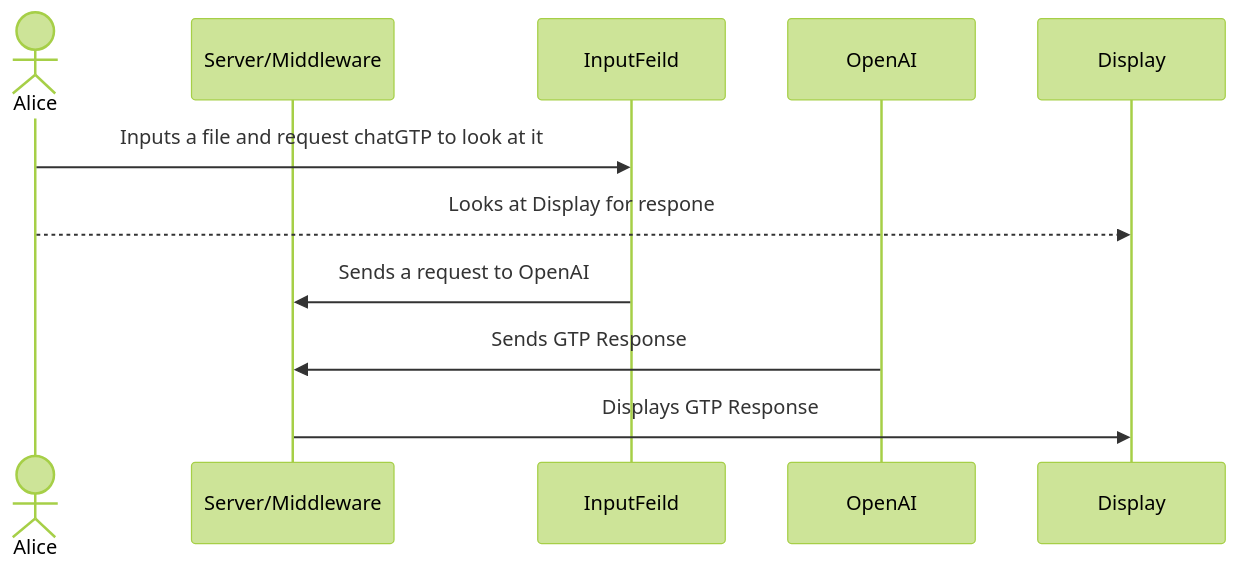
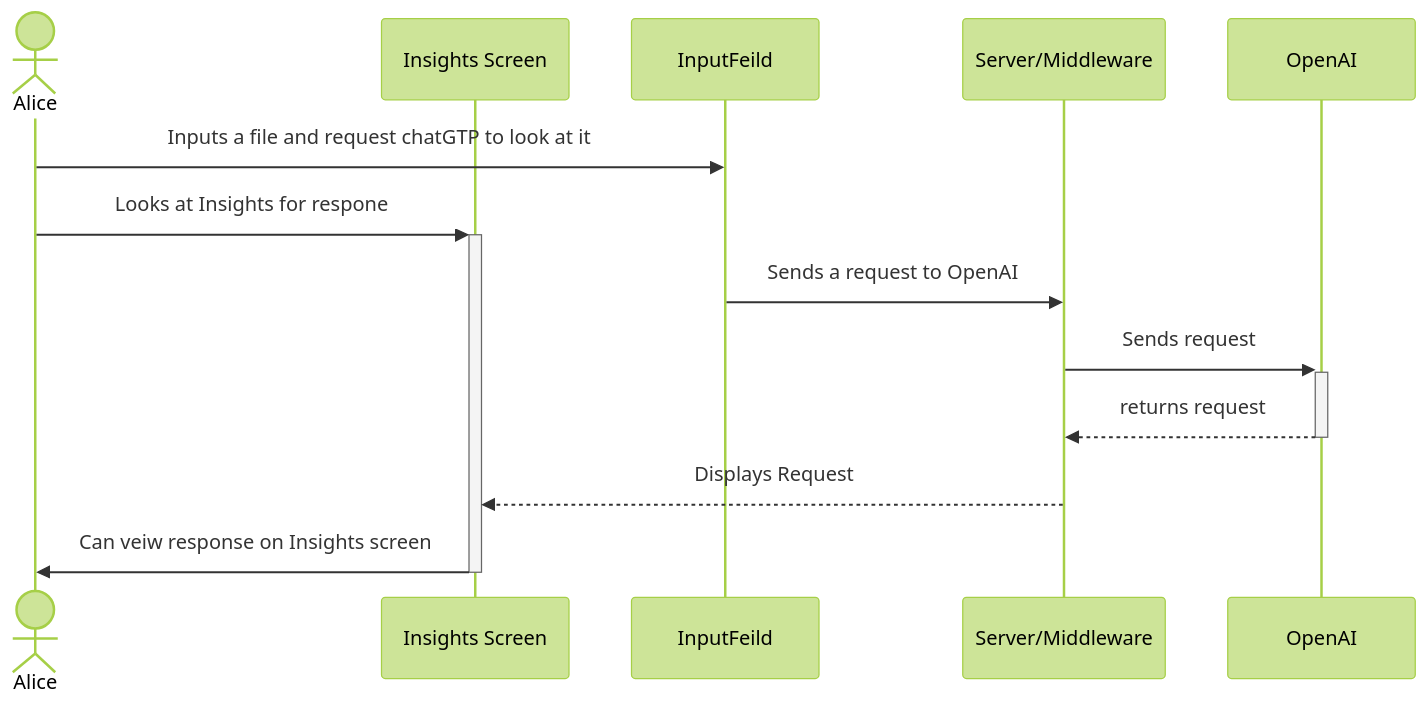
One commit to cis3296f24/cis3296f24-classroom-applebaum-final-projects-tu-cis-4398-docs-template changed the second of 2 diagrams in README.md. Above: the diagram before and after it, drawn with Mermaid (forest theme). The commit also changed other lines of this file, not shown here.

Commit message:
Added Explanation and fixed my sequence diagram

````diff
--- a/README.md
+++ b/README.md
@@ -149,14 +149,16 @@
 ```mermaid
 sequenceDiagram
     actor Alice
+    participant D as Insights Screen
+    participant I as InputFeild
     participant S as Server/Middleware
-    participant I as InputFeild
     participant O as OpenAI
-    participant D as Display
 
     Alice ->> I: Inputs a file and request chatGTP to look at it
-    Alice -->> D: Looks at Display for respone
+    Alice ->>+ D: Looks at Insights for respone
     I ->> S: Sends a request to OpenAI
-    O ->> S: Sends GTP Response 
-    S ->> D: Displays GTP Response 
+    S ->>+ O: Sends request
+    O -->>- S: returns request
+    S -->> D: Displays Request
+    D ->>- Alice: Can veiw response on Insights screen 
 ```
````
